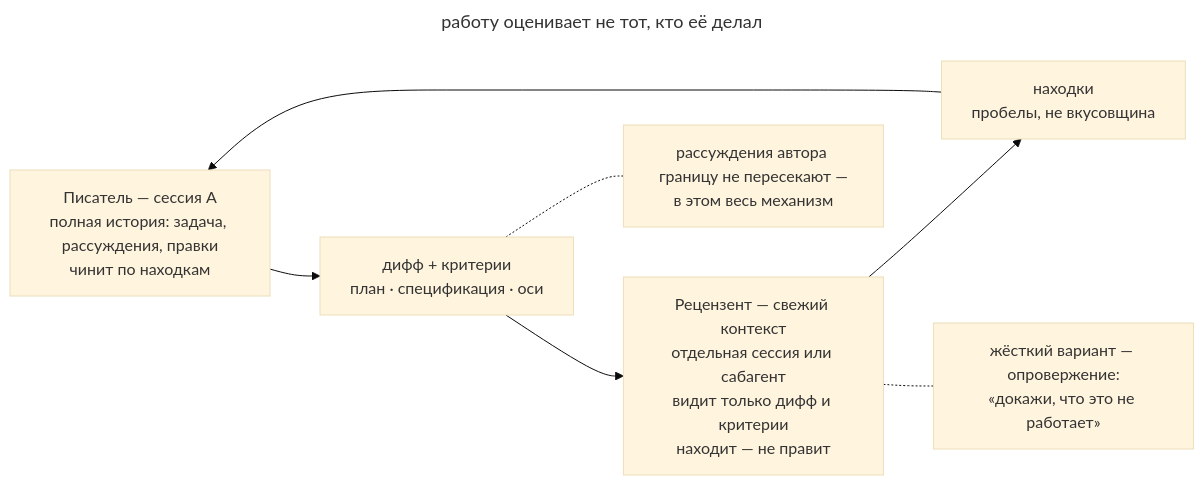
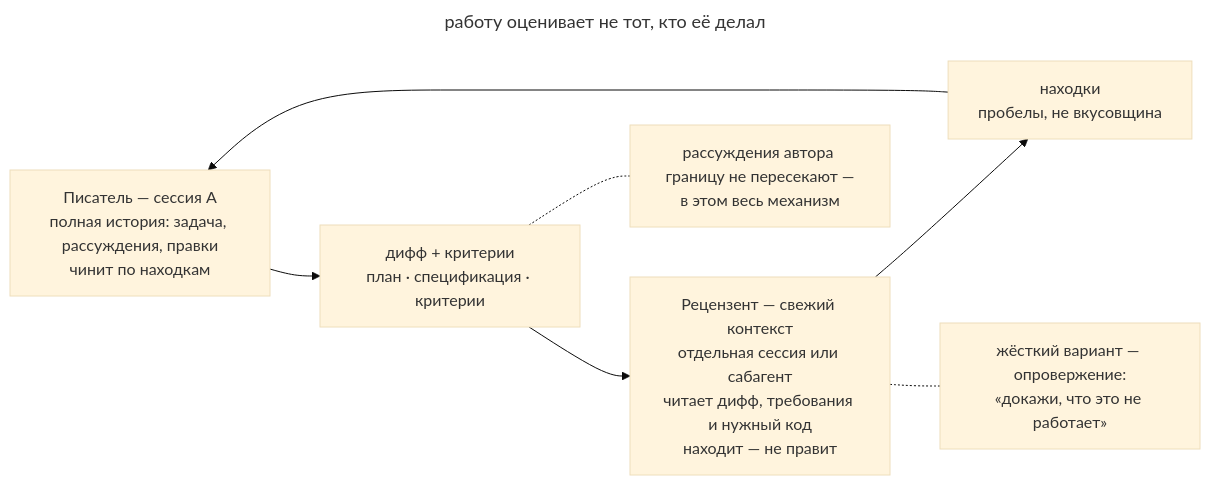
The diagram in book/ru/writer-reviewer.md (Rastavelli/agentic-coding-design-patterns), drawn with Mermaid (base theme) before and after one commit. The commit also changed other lines of this file and 24 other files, not shown here.

Commit message:
docs: finish Russian prose review and align diagram captions

````diff
--- a/book/ru/writer-reviewer.md
+++ b/book/ru/writer-reviewer.md
@@ -71,16 +43,16 @@
 ```mermaid
 ---
 title: работу оценивает не тот, кто её делал
 ---
 flowchart LR
   writer["Писатель — сессия A<br/>полная история: задача, рассуждения, правки<br/>чинит по находкам"]
-  diff["дифф + критерии<br/>план · спецификация · оси"]:::accent
-  reviewer["Рецензент — свежий контекст<br/>отдельная сессия или сабагент<br/>видит только дифф и критерии<br/>находит — не правит"]
+  diff["дифф + критерии<br/>план · спецификация · критерии"]:::accent
+  reviewer["Рецензент — свежий контекст<br/>отдельная сессия или сабагент<br/>читает дифф, требования и нужный код<br/>находит — не правит"]
   findings["находки<br/>пробелы, не вкусовщина"]:::warn
   writer --> diff --> reviewer
   reviewer --> findings --> writer
   hard["жёсткий вариант — опровержение:<br/>«докажи, что это не работает»"]:::warn
   reviewer -.- hard
   note["рассуждения автора границу не пересекают —<br/>в этом весь механизм"]:::muted
   diff -.- note
 ```
````
